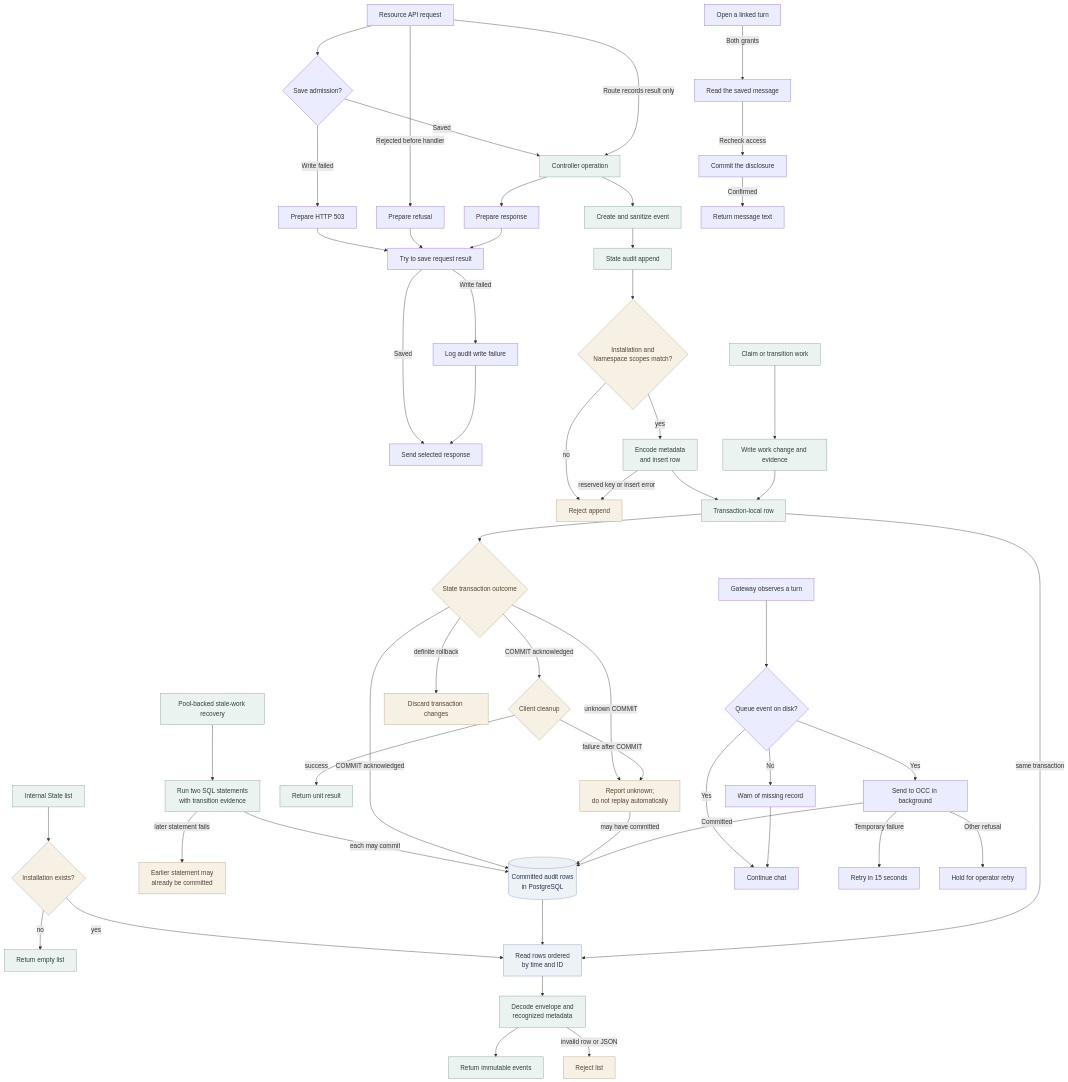
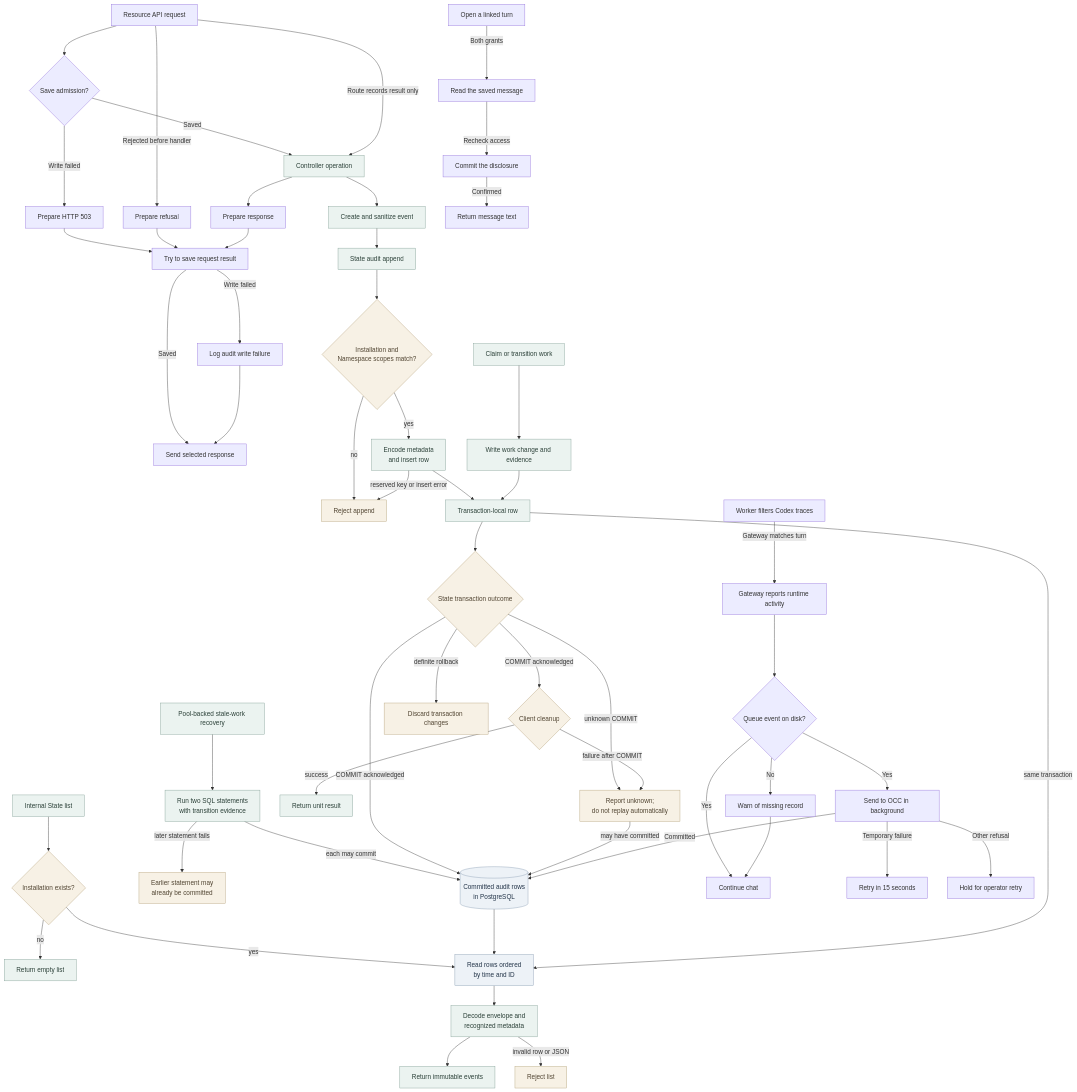
Before and after one commit to openclaw/openclaw-enterprise: the diagram in docs/flows/audit-ledger.md, drawn with Mermaid. The commit also changed other lines of this file and 19 other files, not shown here.

Commit message:
Link Codex HTTP attempts and retries to their saved Gateway turn

````diff
--- a/docs/flows/audit-ledger.md
+++ b/docs/flows/audit-ledger.md
@@ -28,61 +28,62 @@
 ```mermaid
 graph TD
   HTTP["Resource API request"] --> Admission{"Save admission?"}
   Admission -->|Saved| Request
   Admission -->|Write failed| Refused["Prepare HTTP 503"]
   HTTP -->|Rejected before handler| RefusedEarly["Prepare refusal"]
   HTTP -->|Route records result only| Request
   Request --> HTTPResult["Prepare response"]
   Refused --> ResultEvent["Try to save request result"]
   RefusedEarly --> ResultEvent
   HTTPResult --> ResultEvent
   ResultEvent -->|Saved| Send["Send selected response"]
   ResultEvent -->|Write failed| Diagnostic["Log audit write failure"]
   Diagnostic --> Send
   Request["Controller operation"] --> Factory["Create and sanitize event"]
   Factory --> Append["State audit append"]
   Append --> Scope{"Installation and<br/>Namespace scopes match?"}
   Scope -->|yes| Encode["Encode metadata<br/>and insert row"]
   Scope -->|no| Reject["Reject append"]
   Encode --> Pending["Transaction-local row"]
   Encode -->|reserved key or insert error| Reject
   Queue["Claim or transition work"] --> QueueSQL["Write work change and evidence"]
   QueueSQL --> Pending
   DirectQueue["Pool-backed stale-work recovery"] --> DirectSQL["Run two SQL statements<br/>with transition evidence"]
   DirectSQL -->|each may commit| Ledger
   DirectSQL -->|later statement fails| Partial["Earlier statement may<br/>already be committed"]
   Pending --> Commit{"State transaction outcome"}
   Commit -->|COMMIT acknowledged| Ledger[("Committed audit rows<br/>in PostgreSQL")]
   Commit -->|COMMIT acknowledged| Cleanup{"Client cleanup"}
   Commit -->|definite rollback| RolledBack["Discard transaction changes"]
   Commit -->|unknown COMMIT| Unknown["Report unknown;<br/>do not replay automatically"]
   Unknown -->|may have committed| Ledger
   Cleanup -->|success| Returned["Return unit result"]
   Cleanup -->|failure after COMMIT| Unknown
   Reader["Internal State list"] --> Installation{"Installation exists?"}
   Installation -->|no| Empty["Return empty list"]
   Installation -->|yes| Rows["Read rows ordered<br/>by time and ID"]
   Ledger --> Rows
   Pending -->|same transaction| Rows
   Rows --> Decode["Decode envelope and<br/>recognized metadata"]
   Decode --> Result["Return immutable events"]
   Decode -->|invalid row or JSON| Error["Reject list"]
   Linked["Open a linked turn"] -->|Both grants| Lookup["Read the saved message"]
   Lookup -->|Recheck access| Disclose["Commit the disclosure"]
   Disclose -->|Confirmed| Text["Return message text"]
-  Gateway["Gateway observes a turn"] --> Local{"Queue event on disk?"}
+  Codex["Worker filters Codex traces"] -->|Gateway matches turn| Gateway
+  Gateway["Gateway reports runtime activity"] --> Local{"Queue event on disk?"}
   Local -->|Yes| Continue["Continue chat"]
   Local -->|Yes| Deliver["Send to OCC in background"]
   Local -->|No| Warn["Warn of missing record"]
   Warn --> Continue
   Deliver -->|Temporary failure| Retry["Retry in 15 seconds"]
   Deliver -->|Other refusal| Hold["Hold for operator retry"]
   Deliver -->|Committed| Ledger
 
   classDef storage fill:#EDF2F7,stroke:#879AB0,color:#25364A,stroke-width:1px
   classDef operation fill:#EBF3F0,stroke:#7F9D93,color:#2B4038,stroke-width:1px
   classDef gate fill:#F7F1E5,stroke:#B3A078,color:#514532,stroke-width:1px
   class Ledger,Rows storage
   class Request,Factory,Append,Encode,Queue,QueueSQL,DirectQueue,DirectSQL,Pending,Reader,Decode,Result,Empty,Returned operation
   class Scope,Reject,Commit,RolledBack,Unknown,Cleanup,Installation,Error,Partial gate
 ```
````
